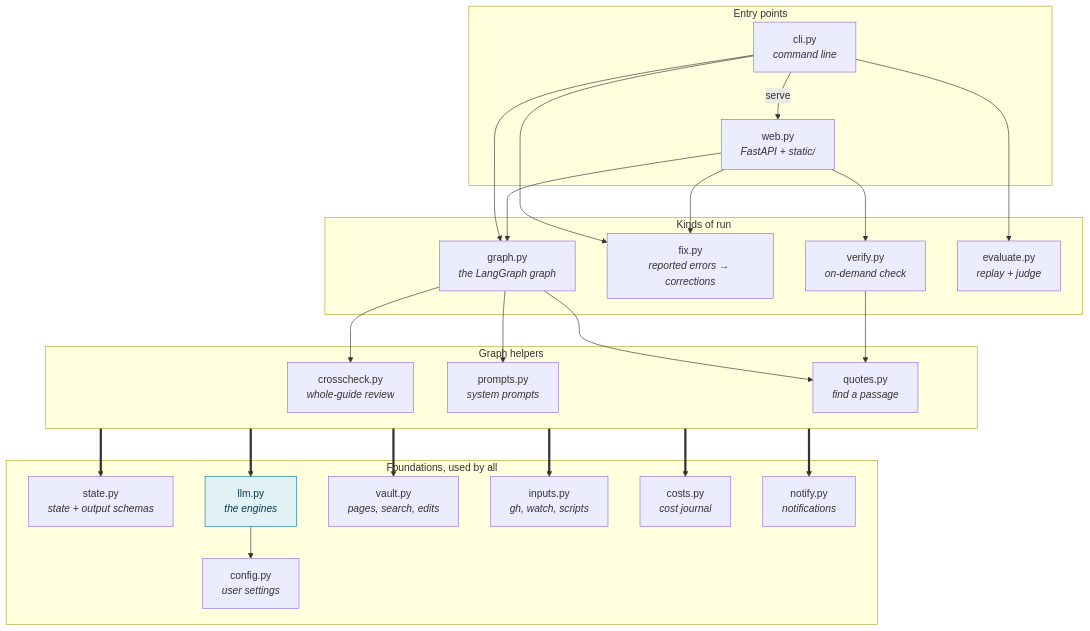
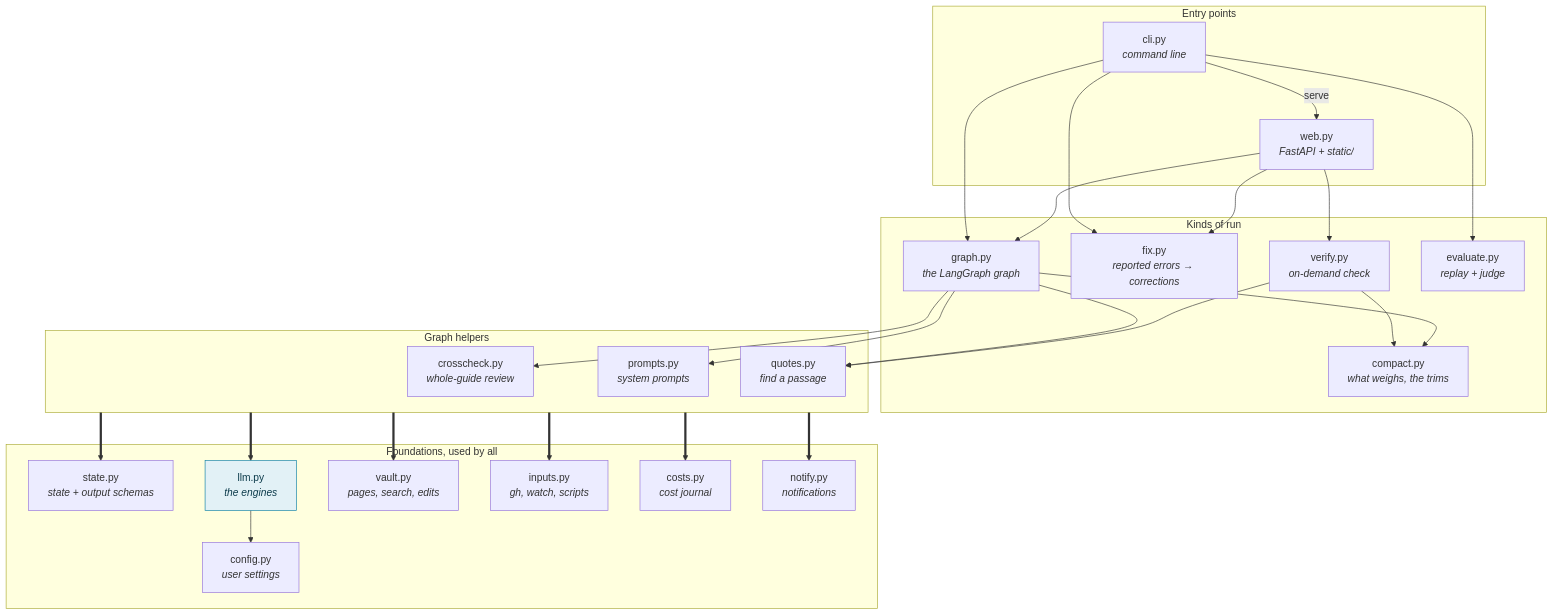
Before and after one commit to DamienBecherini/vault-watch-agent: the first of 6 diagrams in docs/code.md, drawn with Mermaid. The commit also changed other lines of this file and 26 other files, not shown here.

First line of the commit message:
Compaction (M6): the size of each page against its budget, a check that lists what weighs, trims reviewed like corrections

````diff
--- a/docs/code.md
+++ b/docs/code.md
@@ -19,36 +19,38 @@
 ```mermaid
 flowchart TB
   subgraph entry["Entry points"]
     cli["cli.py<br/><i>command line</i>"]
     web["web.py<br/><i>FastAPI + static/</i>"]
   end
   subgraph runs["Kinds of run"]
     graphpy["graph.py<br/><i>the LangGraph graph</i>"]
     fix["fix.py<br/><i>reported errors → corrections</i>"]
     verify["verify.py<br/><i>on-demand check</i>"]
+    compact["compact.py<br/><i>what weighs, the trims</i>"]
     evaluate["evaluate.py<br/><i>replay + judge</i>"]
   end
   subgraph steps["Graph helpers"]
     crosscheck["crosscheck.py<br/><i>whole-guide review</i>"]
     prompts["prompts.py<br/><i>system prompts</i>"]
     quotes["quotes.py<br/><i>find a passage</i>"]
   end
   subgraph base["Foundations, used by all"]
     state["state.py<br/><i>state + output schemas</i>"]
     llm["llm.py<br/><i>the engines</i>"]
     config["config.py<br/><i>user settings</i>"]
     vault["vault.py<br/><i>pages, search, edits</i>"]
     inputs["inputs.py<br/><i>gh, watch, scripts</i>"]
     costs["costs.py<br/><i>cost journal</i>"]
     notify["notify.py<br/><i>notifications</i>"]
   end
   cli -->|"serve"| web
   cli --> graphpy & fix & evaluate
   web --> graphpy & fix & verify
   graphpy --> crosscheck & prompts & quotes
-  verify --> quotes
+  verify --> quotes & compact
+  graphpy --> compact
   steps ==> state & llm & vault & inputs & costs & notify
   llm --> config
   classDef model fill:#e2f1f6,stroke:#0a7ea4,color:#0b3a4a
   class llm model
 ```
````
